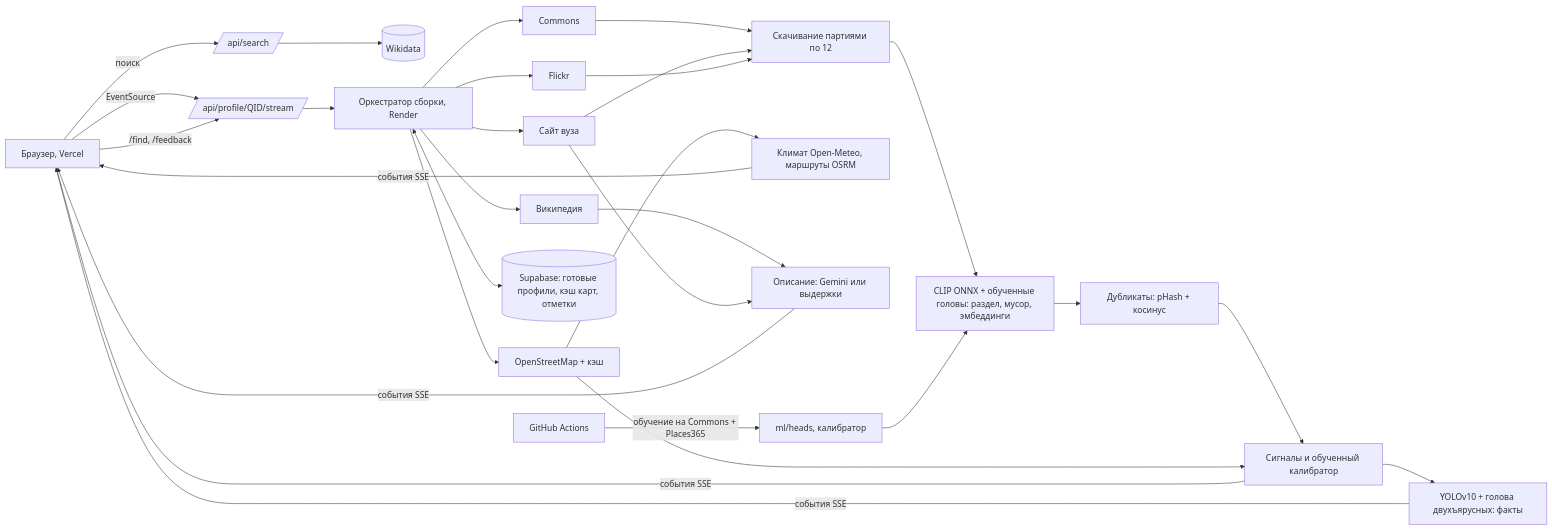
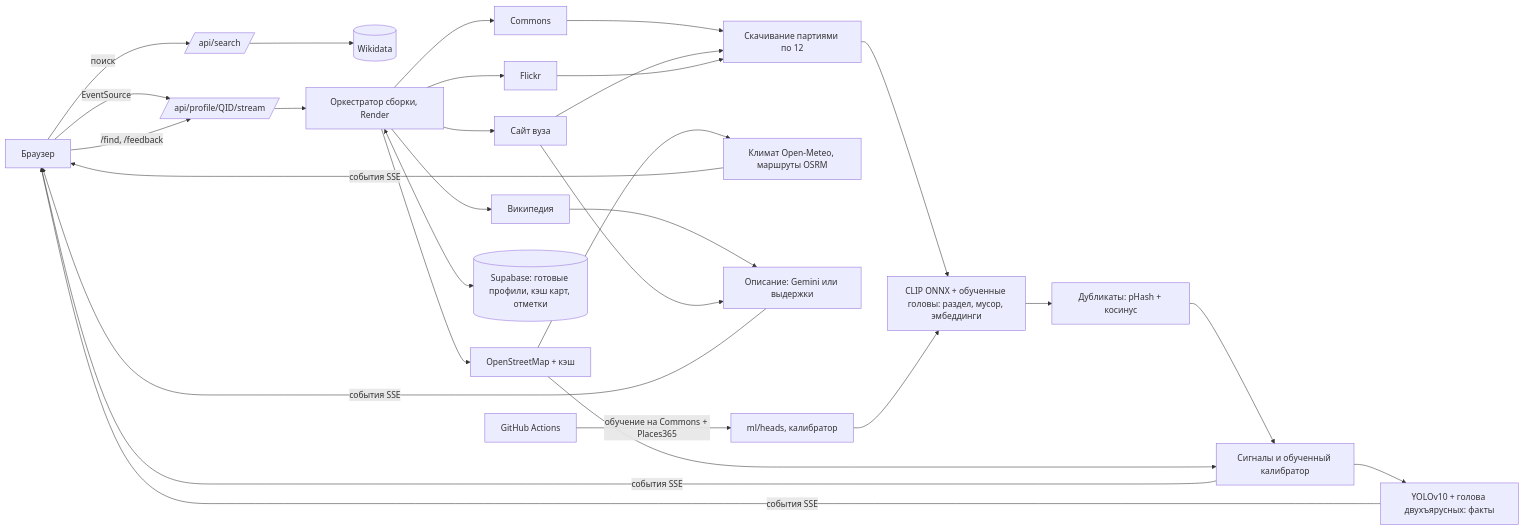
Before and after one commit to zhomarterkhainar-svg/locus: the diagram in README.md, drawn with Mermaid. The commit also changed other lines of this file and 25 other files, not shown here.

````diff
--- a/README.md
+++ b/README.md
@@ -103,25 +120,25 @@
 ```mermaid
 flowchart LR
-  U[Браузер, Vercel] -- поиск --> S[/api/search/]
+  U[Браузер] -- поиск --> S[/api/search/]
   S --> WD[(Wikidata)]
   U -- EventSource --> P[/api/profile/QID/stream/]
   P --> O[Оркестратор сборки, Render]
   O --> C[Commons]
   O --> W[Сайт вуза]
   O --> F[Flickr]
   O --> M[OpenStreetMap + кэш]
   O --> WP[Википедия]
   C & W & F --> L[Скачивание партиями по 12]
   L --> V[CLIP ONNX + обученные головы: раздел, мусор, эмбеддинги]
   V --> D[Дубликаты: pHash + косинус]
   D --> R[Сигналы и обученный калибратор]
   M --> R
   R --> Y[YOLOv10 + голова двухъярусных: факты]
   M --> X[Климат Open-Meteo, маршруты OSRM]
   WP & W --> G[Описание: Gemini или выдержки]
   R & Y & G & X -- события SSE --> U
   O <--> SB[(Supabase: готовые профили, кэш карт, отметки)]
   U -- /find, /feedback --> P
   GA[GitHub Actions] -- обучение на Commons + Places365 --> H[ml/heads, калибратор]
   H --> V
 ```
````
